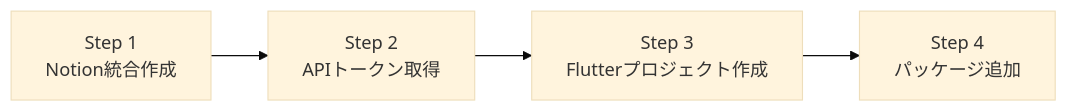
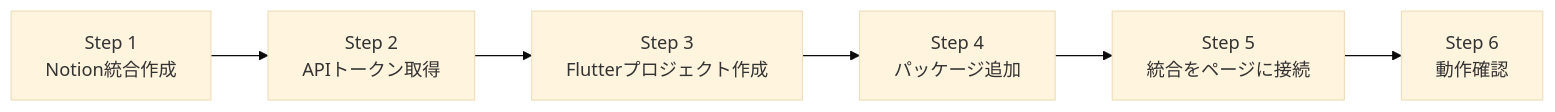
One commit to Haruki1090/notion-dart-kit changed the diagram in article/02_setup.md. Above: the diagram before and after it, drawn with Mermaid (base theme). The commit also changed other lines of this file and 6 other files, not shown here.

````diff
--- a/article/02_setup.md
+++ b/article/02_setup.md
@@ -13,6 +13,8 @@
 ```mermaid
 graph LR
     A[Step 1<br/>Notion統合作成] --> B[Step 2<br/>APIトークン取得]
     B --> C[Step 3<br/>Flutterプロジェクト作成]
     C --> D[Step 4<br/>パッケージ追加]
+    D --> E[Step 5<br/>統合をページに接続]
+    E --> F[Step 6<br/>動作確認]
 ```
````
